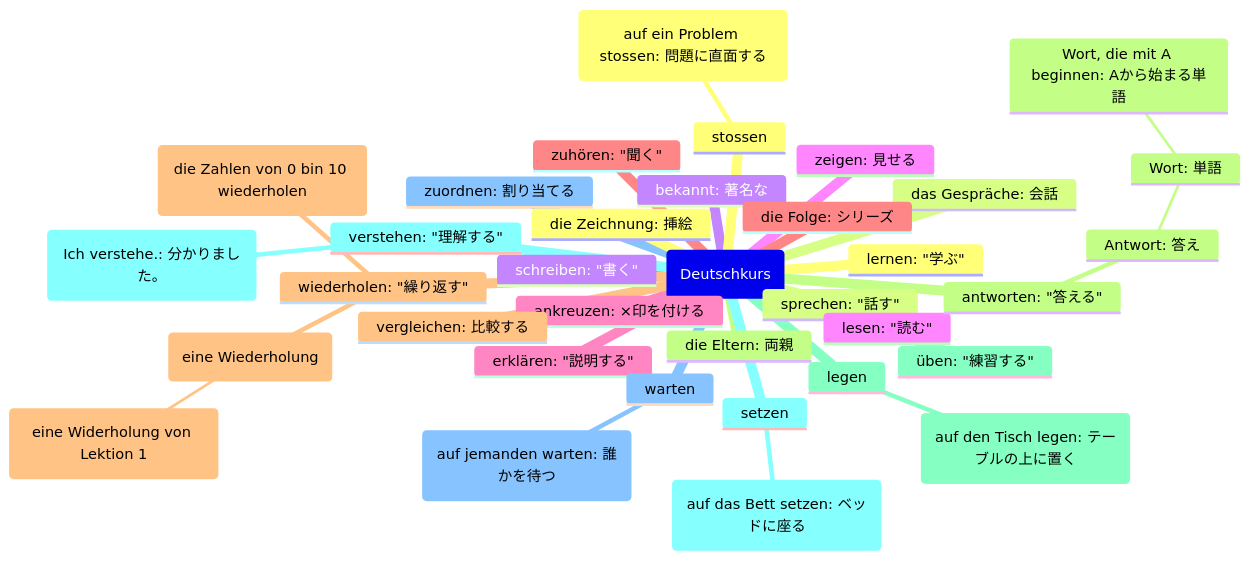
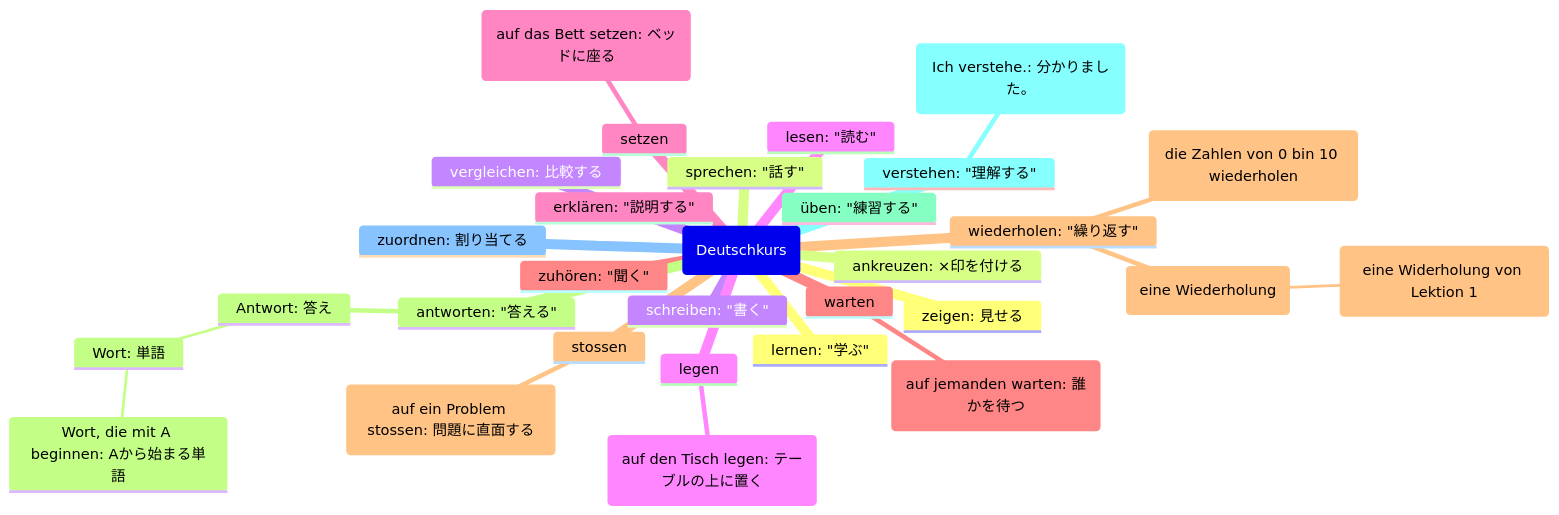
Before and after one commit to hyonsoku/mindmap: the first of 2 diagrams in Dutesch/Verb/Dutschkurs.md, drawn with Mermaid. The commit also changed other lines of this file, not shown here.

````diff
--- a/Dutesch/Verb/Dutschkurs.md
+++ b/Dutesch/Verb/Dutschkurs.md
@@ -4,38 +5,33 @@
 ```mermaid
 mindmap
   root(Deutschkurs)
     lernen: "学ぶ"
     sprechen: "話す"
     schreiben: "書く"
     lesen: "読む"
     erklären: "説明する"
     zuhören: "聞く"
     wiederholen: "繰り返す"
         (die Zahlen von 0 bin 10 wiederholen)
         (eine Wiederholung)
             (eine Widerholung von Lektion 1)
     antworten: "答える"
         Antwort: 答え
             Wort: 単語
                 Wort, die mit A beginnen: Aから始まる単語
     üben: "練習する"
     verstehen: "理解する"
         (Ich verstehe.: 分かりました。)
     zuordnen: 割り当てる
-    die Zeichnung: 挿絵
-    das Gespräche: 会話
-    bekannt: 著名な
     zeigen: 見せる
     ankreuzen: ×印を付ける
-    die Folge: シリーズ
     vergleichen: 比較する
-    die Eltern: 両親
     legen
         (auf den Tisch legen: テーブルの上に置く)
     setzen
         (auf das Bett setzen: ベッドに座る)
     warten
         (auf jemanden warten: 誰かを待つ)
     stossen
         (auf ein Problem stossen: 問題に直面する)
 ```
````
